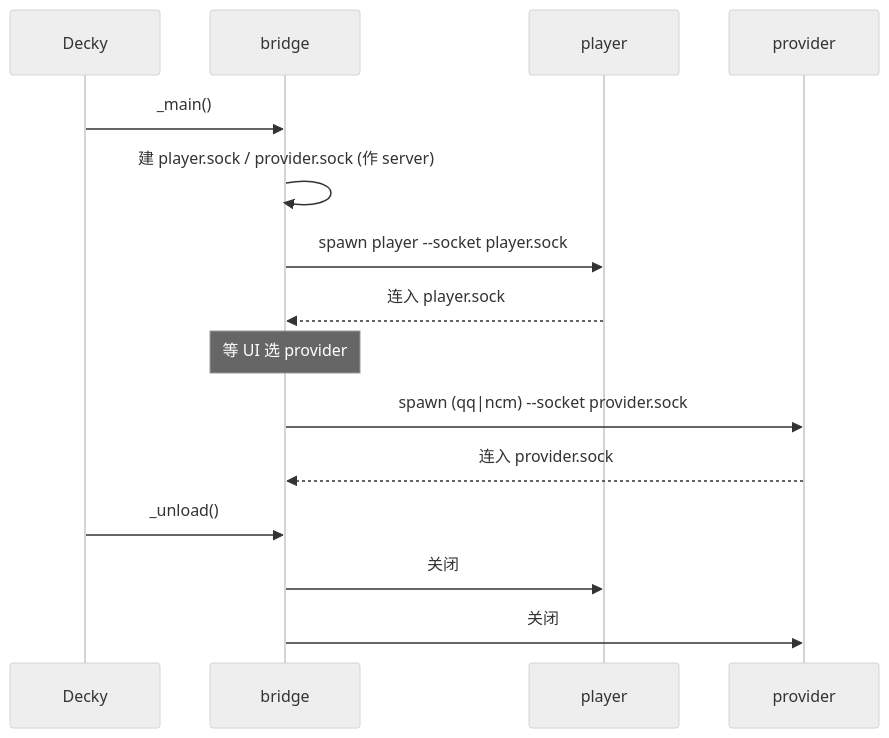
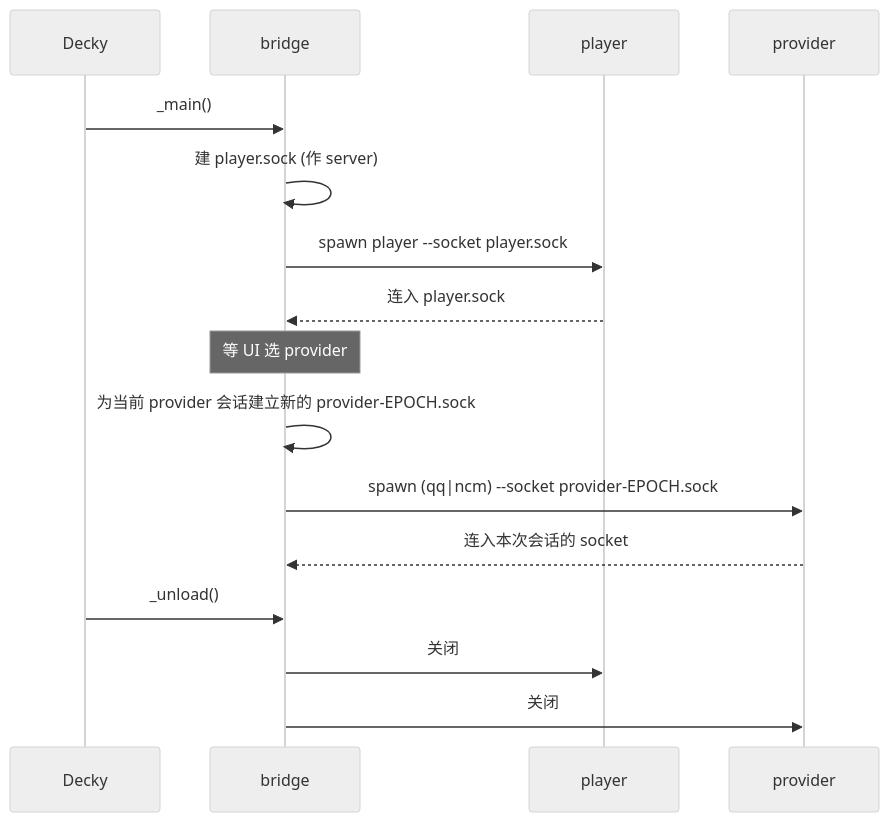
One commit to jinzhongjia/decky-music changed the second of 6 diagrams in docs/DESIGN.md. Above: the diagram before and after it, drawn with Mermaid (neutral theme). The commit also changed other lines of this file and 9 other files, not shown here.

````diff
--- a/docs/DESIGN.md
+++ b/docs/DESIGN.md
@@ -78,17 +78,18 @@
 ```mermaid
 sequenceDiagram
   participant D as Decky
   participant BR as bridge
   participant PL as player
   participant P as provider
   D->>BR: _main()
-  BR->>BR: 建 player.sock / provider.sock (作 server)
+  BR->>BR: 建 player.sock (作 server)
   BR->>PL: spawn player --socket player.sock
   PL-->>BR: 连入 player.sock
   Note over BR: 等 UI 选 provider
-  BR->>P: spawn (qq|ncm) --socket provider.sock
-  P-->>BR: 连入 provider.sock
+  BR->>BR: 为当前 provider 会话建立新的 provider-EPOCH.sock
+  BR->>P: spawn (qq|ncm) --socket provider-EPOCH.sock
+  P-->>BR: 连入本次会话的 socket
   D->>BR: _unload()
   BR->>PL: 关闭
   BR->>P: 关闭
 ```
````
